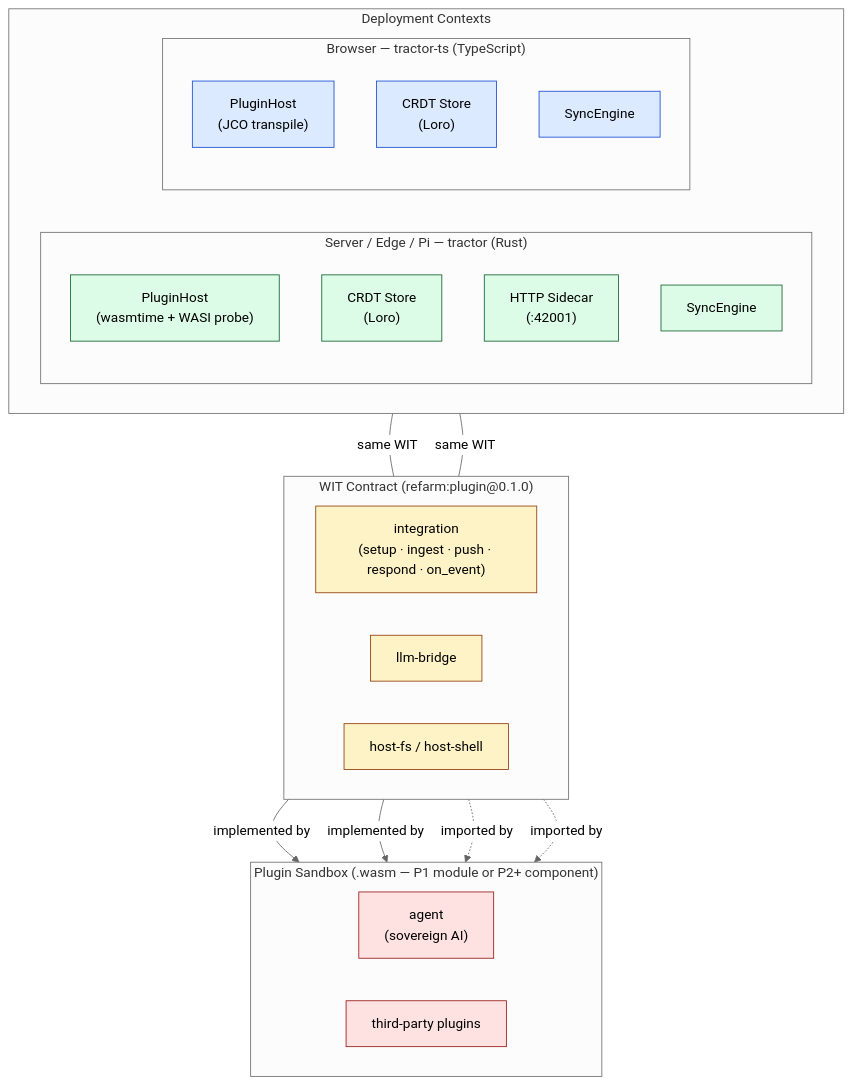
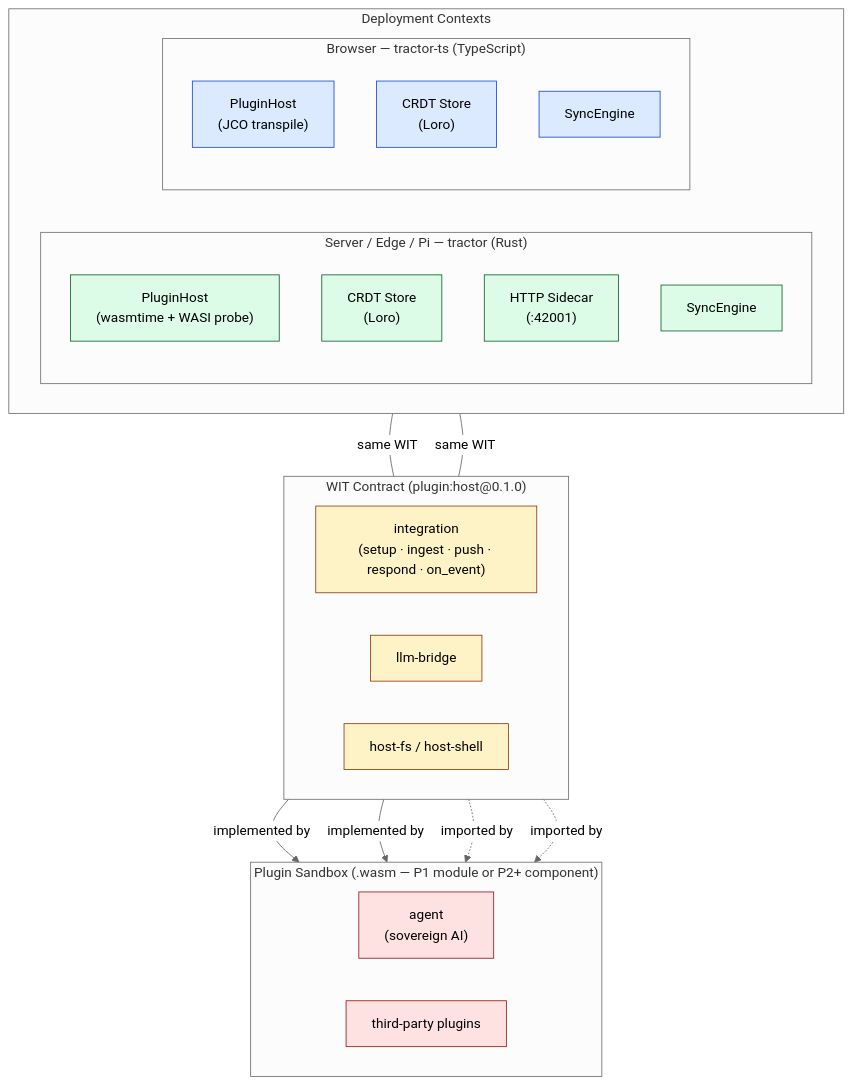
Before and after one commit to aretw0/refarm: the diagram in docs/diagrams/layer-diagram--runtime.mermaid, drawn with Mermaid (neutral theme). The commit also changed 67 other files, not shown here.

```diff
--- a/docs/diagrams/layer-diagram--runtime.mermaid
+++ b/docs/diagrams/layer-diagram--runtime.mermaid
@@ -1,46 +1,46 @@
 graph TD
     subgraph Contexts ["Deployment Contexts"]
         direction LR
         subgraph Edge ["Server / Edge / Pi  — tractor (Rust)"]
             RS_PluginHost["PluginHost\n(wasmtime + WASI probe)"]
             RS_CRDT["CRDT Store\n(Loro)"]
             RS_Sidecar["HTTP Sidecar\n(:42001)"]
             RS_Sync["SyncEngine"]
         end
         subgraph Browser ["Browser  — tractor-ts (TypeScript)"]
             TS_PluginHost["PluginHost\n(JCO transpile)"]
             TS_CRDT["CRDT Store\n(Loro)"]
             TS_Sync["SyncEngine"]
         end
     end
 
-    subgraph WIT ["WIT Contract  (refarm:plugin@0.1.0)"]
+    subgraph WIT ["WIT Contract  (plugin:host@0.1.0)"]
         direction LR
         WIT_Int["integration\n(setup · ingest · push · respond · on_event)"]
         WIT_LLM["llm-bridge"]
         WIT_FS["host-fs / host-shell"]
     end
 
     subgraph Plugins ["Plugin Sandbox  (.wasm — P1 module or P2+ component)"]
         direction LR
         Agent["agent\n(sovereign AI)"]
         ThirdParty["third-party plugins"]
     end
 
     Edge ---|"same WIT"| WIT_Int
     Browser ---|"same WIT"| WIT_Int
 
     WIT_Int -->|"implemented by"| Agent
     WIT_Int -->|"implemented by"| ThirdParty
     WIT_LLM -.->|"imported by"| Agent
     WIT_FS  -.->|"imported by"| Agent
 
     classDef rust    fill:#dcfce7,stroke:#166534,stroke-width:1px;
     classDef ts      fill:#dbeafe,stroke:#1d4ed8,stroke-width:1px;
     classDef wit     fill:#fef3c7,stroke:#92400e,stroke-width:1px;
     classDef plugin  fill:#fee2e2,stroke:#991b1b,stroke-width:1px;
 
     class RS_PluginHost,RS_CRDT,RS_Sidecar,RS_Sync rust;
     class TS_PluginHost,TS_CRDT,TS_Sync ts;
     class WIT_Int,WIT_LLM,WIT_FS wit;
     class Agent,ThirdParty plugin;
```
